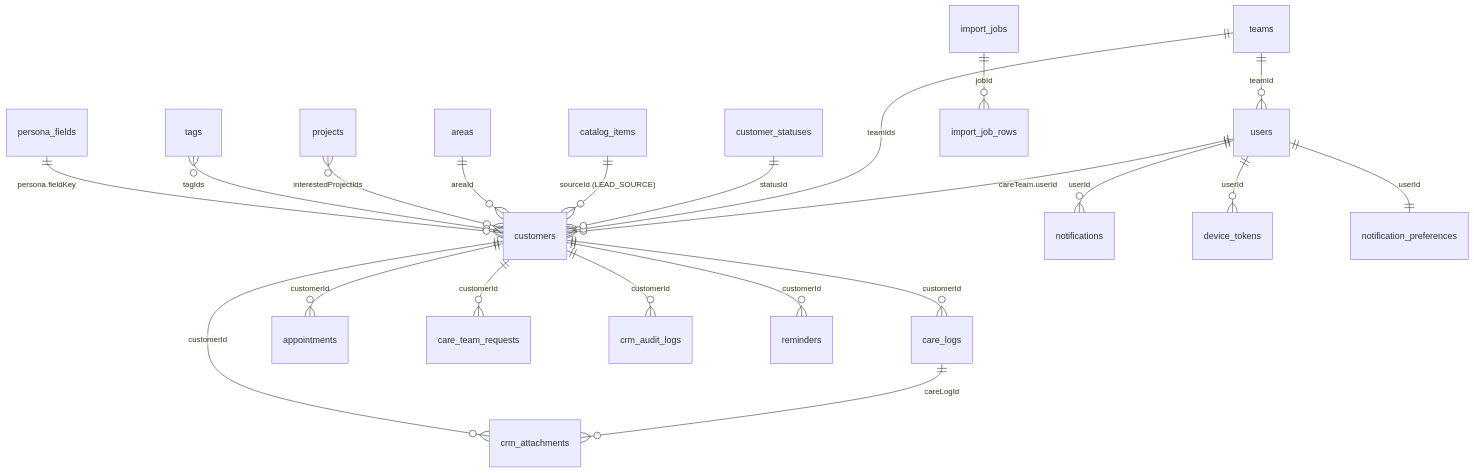
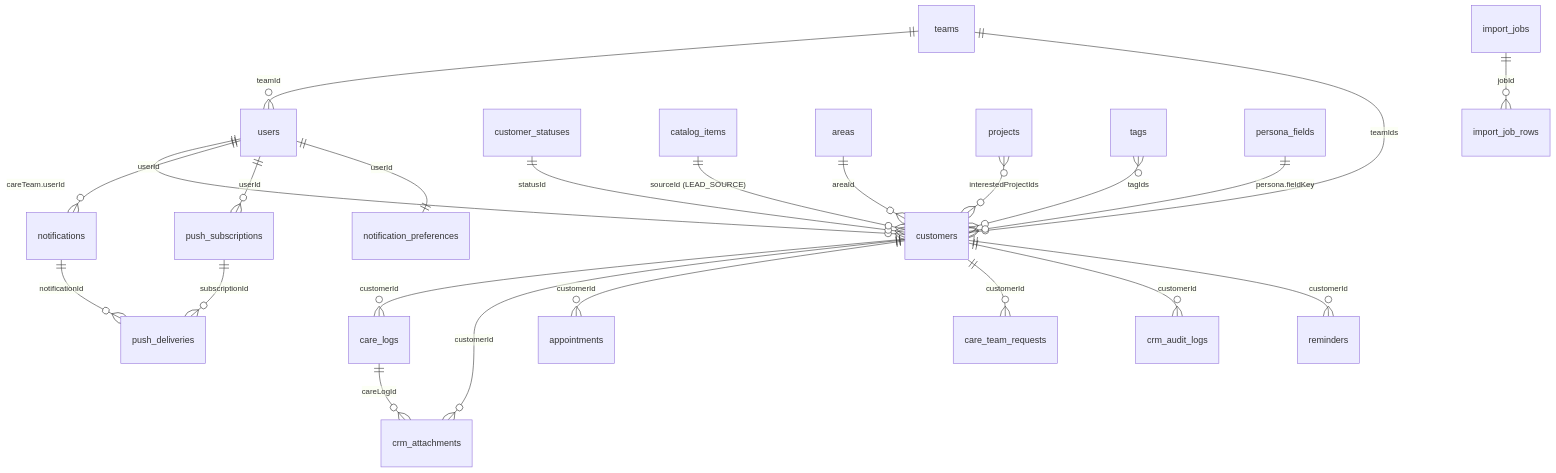
Before and after one commit to hltn/RealEstateManager: the second of 9 diagrams in docs/06_Module_Customer_Management/04_Tai_Lieu_Ky_Thuat_Module_Quan_Ly_Khach_Hang.md, drawn with Mermaid. The commit also changed other lines of this file and 28 other files, not shown here.

````diff
--- a/docs/06_Module_Customer_Management/04_Tai_Lieu_Ky_Thuat_Module_Quan_Ly_Khach_Hang.md
+++ b/docs/06_Module_Customer_Management/04_Tai_Lieu_Ky_Thuat_Module_Quan_Ly_Khach_Hang.md
@@ -165,23 +162,25 @@
 ```mermaid
 erDiagram
   users ||--o{ customers : "careTeam.userId"
   teams ||--o{ users : "teamId"
   teams ||--o{ customers : "teamIds"
   customer_statuses ||--o{ customers : "statusId"
   catalog_items ||--o{ customers : "sourceId (LEAD_SOURCE)"
   areas ||--o{ customers : "areaId"
   projects }o--o{ customers : "interestedProjectIds"
   tags }o--o{ customers : "tagIds"
   persona_fields ||--o{ customers : "persona.fieldKey"
   customers ||--o{ care_logs : "customerId"
   care_logs ||--o{ crm_attachments : "careLogId"
   customers ||--o{ crm_attachments : "customerId"
   customers ||--o{ appointments : "customerId"
   customers ||--o{ care_team_requests : "customerId"
   customers ||--o{ crm_audit_logs : "customerId"
   customers ||--o{ reminders : "customerId"
   users ||--o{ notifications : "userId"
-  users ||--o{ device_tokens : "userId"
+  users ||--o{ push_subscriptions : "userId"
+  push_subscriptions ||--o{ push_deliveries : "subscriptionId"
+  notifications ||--o{ push_deliveries : "notificationId"
   users ||--|| notification_preferences : "userId"
   import_jobs ||--o{ import_job_rows : "jobId"
 ```
````
